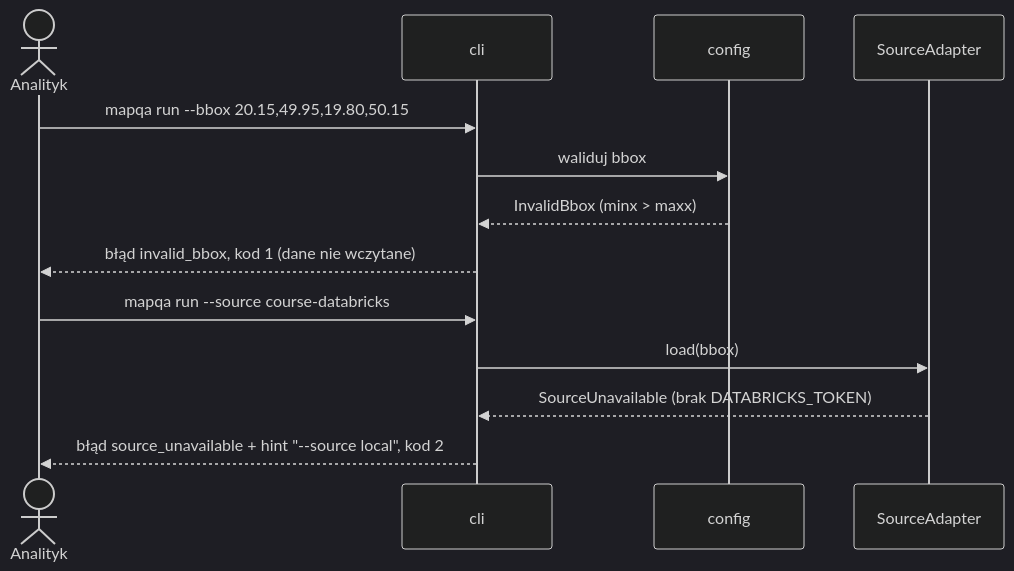
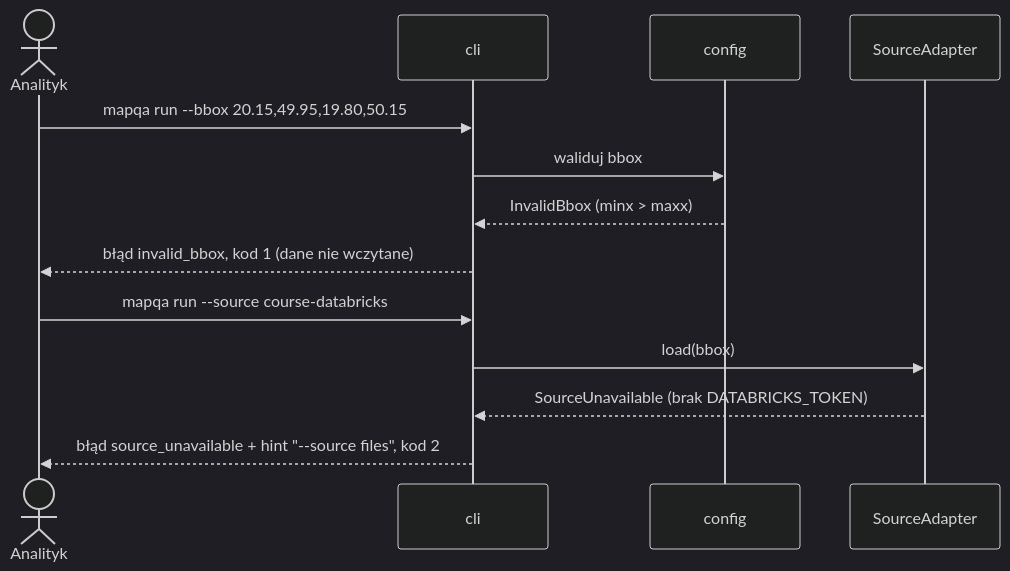
Before and after one commit to kamil02112026/jsystems-claude-codex-gis-2026-11_KL: the fourth of 5 diagrams in docs/ADR/000-main-architecture.md, drawn with Mermaid (dark theme). The commit also changed other lines of this file and 11 other files, not shown here.

````diff
--- a/docs/ADR/000-main-architecture.md
+++ b/docs/ADR/000-main-architecture.md
@@ -509,15 +509,15 @@
 ```mermaid
 sequenceDiagram
   actor U as Analityk
   participant CLI as cli
   participant CFG as config
   participant SRC as SourceAdapter
   U->>CLI: mapqa run --bbox 20.15,49.95,19.80,50.15
   CLI->>CFG: waliduj bbox
   CFG-->>CLI: InvalidBbox (minx > maxx)
   CLI-->>U: błąd invalid_bbox, kod 1 (dane nie wczytane)
   U->>CLI: mapqa run --source course-databricks
   CLI->>SRC: load(bbox)
   SRC-->>CLI: SourceUnavailable (brak DATABRICKS_TOKEN)
-  CLI-->>U: błąd source_unavailable + hint "--source local", kod 2
+  CLI-->>U: błąd source_unavailable + hint "--source files", kod 2
 ```
````
